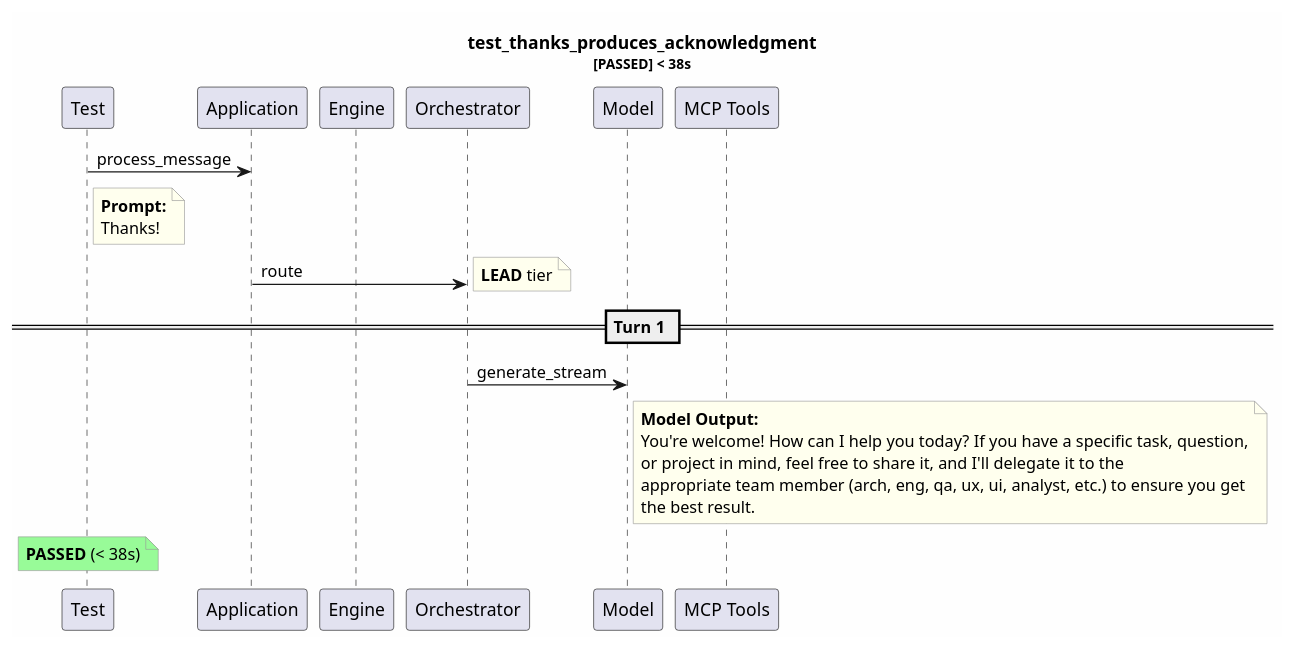
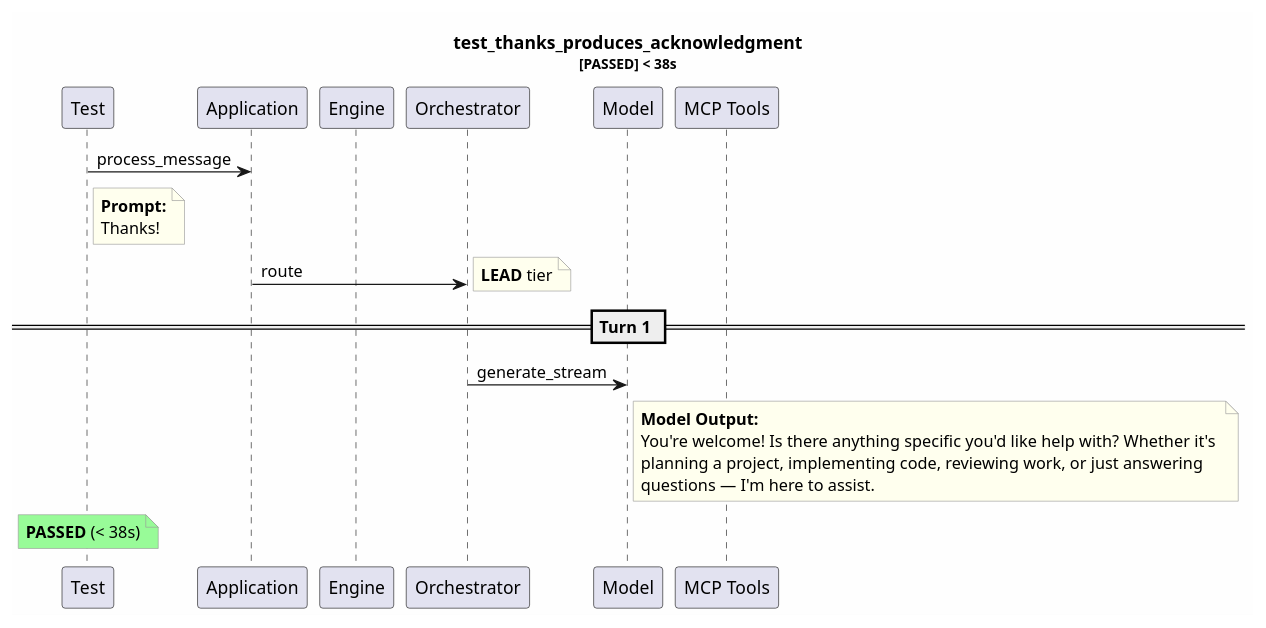
The diagram in test-reports/logs/test_thanks_produces_acknowledgment/test_thanks_produces_acknowledgment.puml (tvanfossen/entropic), drawn with PlantUML before and after one commit. The commit also changed 10 other files, not shown here.

```diff
--- a/test-reports/logs/test_thanks_produces_acknowledgment/test_thanks_produces_acknowledgment.puml
+++ b/test-reports/logs/test_thanks_produces_acknowledgment/test_thanks_produces_acknowledgment.puml
@@ -1,34 +1,33 @@
 @startuml
 skinparam backgroundColor #FEFEFE
 skinparam noteBorderColor #999999
 skinparam noteBackgroundColor #FFFFEE
 title test_thanks_produces_acknowledgment\n<size:11>[PASSED] < 38s</size>
 
 participant "Test" as T
 participant "Application" as App
 participant "Engine" as Eng
 participant "Orchestrator" as Orch
 participant "Model" as Mdl
 participant "MCP Tools" as MCP
 
 T -> App: process_message
 note right of T
   **Prompt:**
   Thanks!
 end note
 App -> Orch: route
 note right: **LEAD** tier
 == Turn 1 ==
 Orch -> Mdl: generate_stream
 note right of Mdl
   **Model Output:**
-  You're welcome! How can I help you today? If you have a specific task, question,
-  or project in mind, feel free to share it, and I'll delegate it to the 
-  appropriate team member (arch, eng, qa, ux, ui, analyst, etc.) to ensure you get
-  the best result.
+  You're welcome! Is there anything specific you'd like help with? Whether it's 
+  planning a project, implementing code, reviewing work, or just answering 
+  questions — I'm here to assist.
 end note
 note over T #palegreen
   **PASSED** (< 38s)
 end note
 
 @enduml
```
